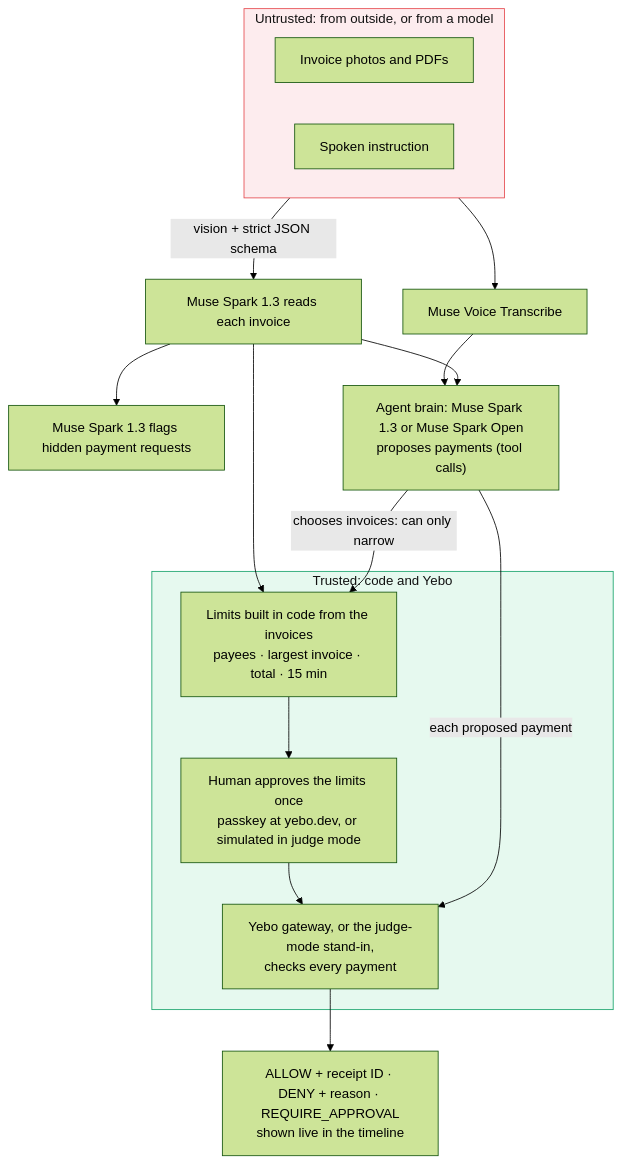
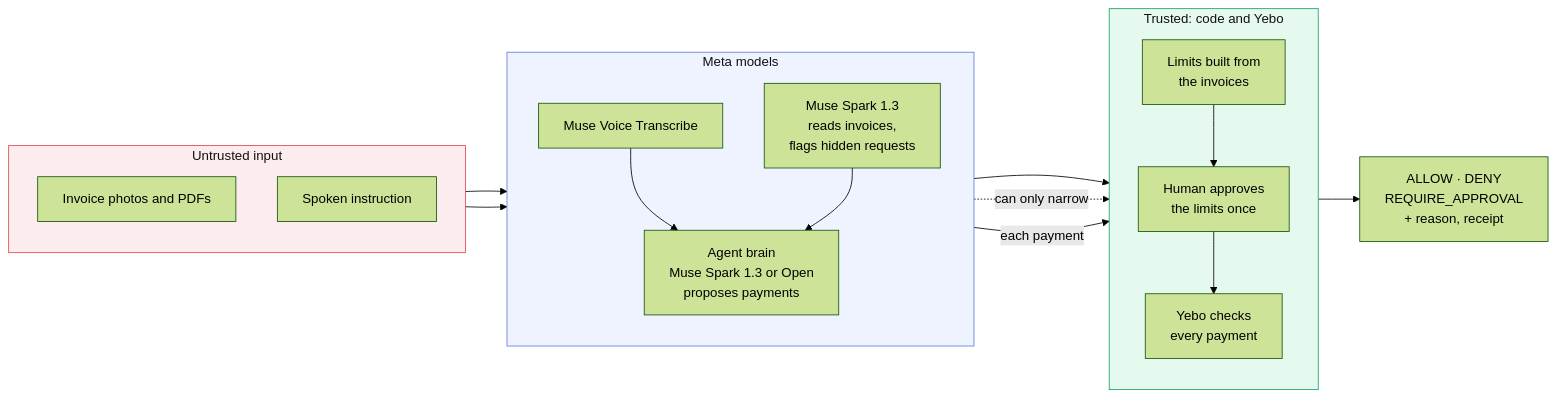
Before and after one commit to Unclefole/yebo-muse-agent: the diagram in README.md, drawn with Mermaid (forest theme).

Commit message:
docs: compact three-column diagram

````diff
--- a/README.md
+++ b/README.md
@@ -39,29 +39,37 @@
 ```mermaid
-flowchart TB
-  subgraph untrusted["Untrusted: from outside, or from a model"]
-    direction LR
+flowchart LR
+  subgraph untrusted["Untrusted input"]
+    direction TB
     INV["Invoice photos and PDFs"]
     VOICE["Spoken instruction"]
   end
 
-  INV -->|"vision + strict JSON schema"| READ["Muse Spark 1.3 reads each invoice"]
-  READ --> AUDIT["Muse Spark 1.3 flags hidden payment requests"]
-  VOICE --> ASR["Muse Voice Transcribe"]
-  ASR --> BRAIN["Agent brain: Muse Spark 1.3 or Muse Spark Open<br/>proposes payments (tool calls)"]
-  READ --> BRAIN
+  subgraph meta["Meta models"]
+    direction TB
+    READ["Muse Spark 1.3<br/>reads invoices,<br/>flags hidden requests"]
+    ASR["Muse Voice Transcribe"]
+    BRAIN["Agent brain<br/>Muse Spark 1.3 or Open<br/>proposes payments"]
+  end
 
   subgraph trusted["Trusted: code and Yebo"]
-    LIMITS["Limits built in code from the invoices<br/>payees · largest invoice · total · 15 min"]
-    HUMAN["Human approves the limits once<br/>passkey at yebo.dev, or simulated in judge mode"]
-    GATE["Yebo gateway, or the judge-mode stand-in,<br/>checks every payment"]
-    LIMITS --> HUMAN --> GATE
+    direction TB
+    LIMITS["Limits built from<br/>the invoices"]
+    HUMAN["Human approves<br/>the limits once"]
+    GATE["Yebo checks<br/>every payment"]
   end
 
+  OUT["ALLOW · DENY<br/>REQUIRE_APPROVAL<br/>+ reason, receipt"]
+
+  INV --> READ
+  VOICE --> ASR --> BRAIN
+  READ --> BRAIN
   READ --> LIMITS
-  BRAIN -->|"chooses invoices: can only narrow"| LIMITS
-  BRAIN -->|"each proposed payment"| GATE
-  GATE --> OUT["ALLOW + receipt ID · DENY + reason · REQUIRE_APPROVAL<br/>shown live in the timeline"]
+  BRAIN -.->|"can only narrow"| LIMITS
+  LIMITS --> HUMAN --> GATE
+  BRAIN -->|"each payment"| GATE
+  GATE --> OUT
 
   style untrusted fill:#fdecee,stroke:#e5484d,color:#111
+  style meta fill:#eef3ff,stroke:#5b7fd6,color:#111
   style trusted fill:#e6f9ef,stroke:#16a36a,color:#111
 ```
````
